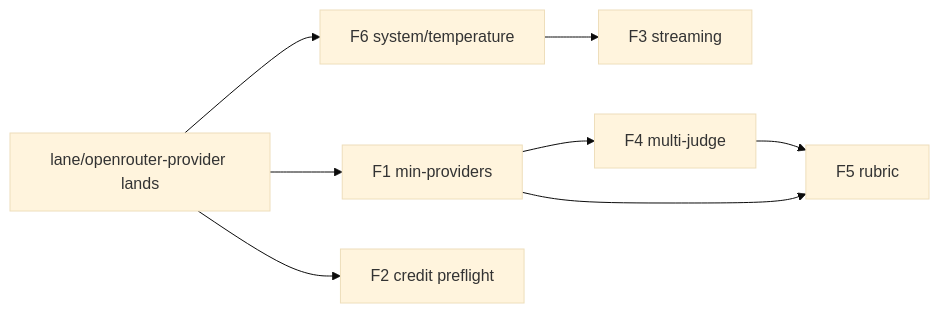
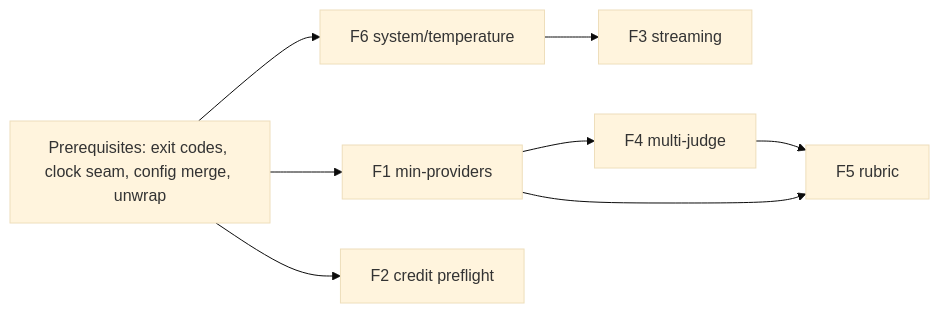
Before and after one commit to 0xDarkMatter/conclave: the diagram in docs/PLAN-reliability-judging.md, drawn with Mermaid (base theme). The commit also changed other lines of this file, not shown here.

````diff
--- a/docs/PLAN-reliability-judging.md
+++ b/docs/PLAN-reliability-judging.md
@@ -368,10 +444,10 @@
 ```mermaid
 graph LR
-  OR[lane/openrouter-provider lands] --> F1[F1 min-providers]
-  OR --> F6[F6 system/temperature]
-  OR --> F2[F2 credit preflight]
+  P0[Prerequisites: exit codes, clock seam, config merge, unwrap] --> F1[F1 min-providers]
+  P0 --> F6[F6 system/temperature]
+  P0 --> F2[F2 credit preflight]
   F6 --> F3[F3 streaming]
   F1 --> F4[F4 multi-judge]
   F4 --> F5[F5 rubric]
   F1 --> F5
 ```
````
